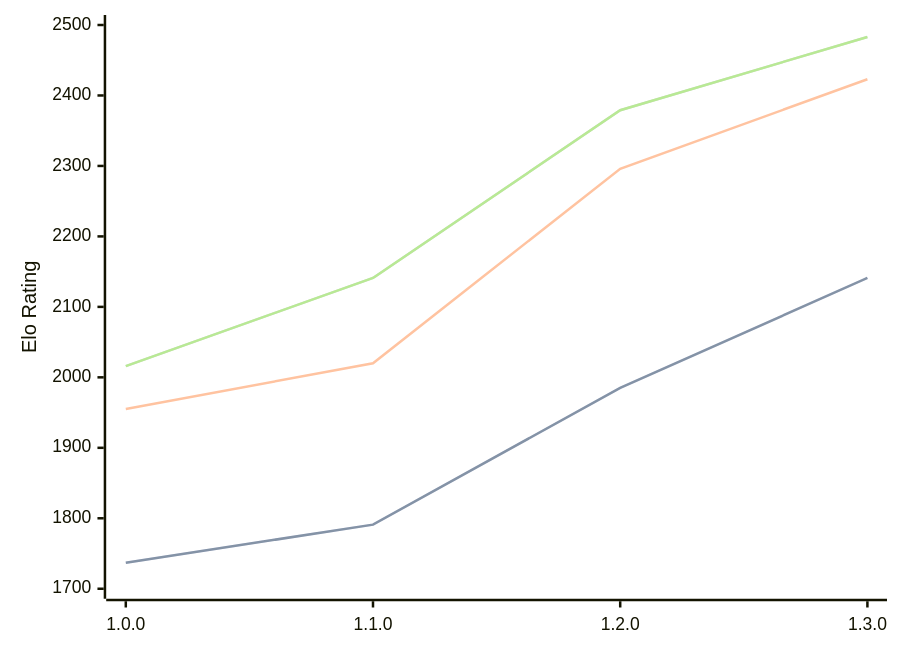
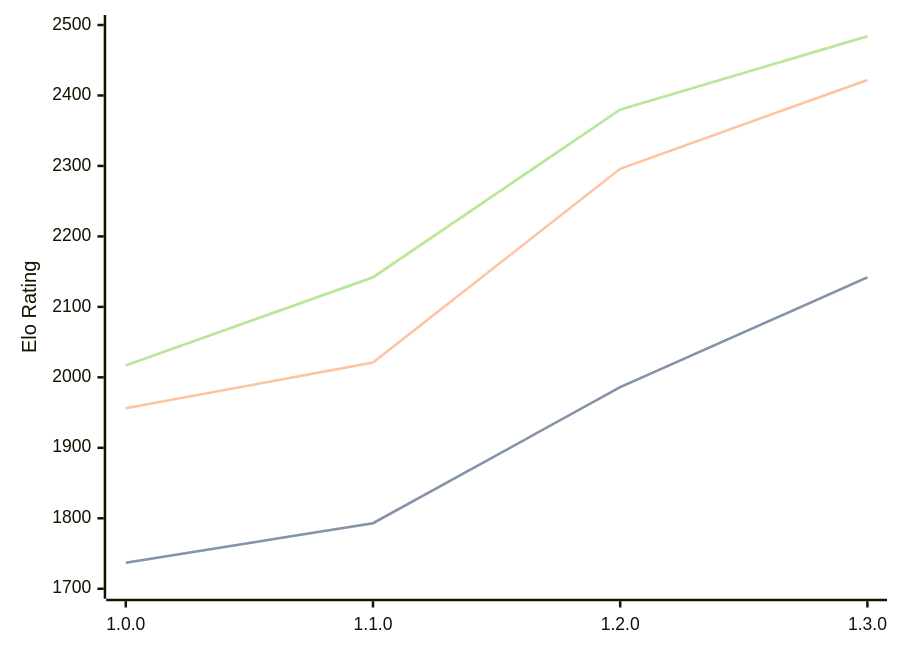
The diagram in engines/Anodos.md (computer-chess-index/cci), drawn with Mermaid before and after one commit. The commit also changed other lines of this file, not shown here.

Commit message:
Update CCI Ratings (ELO VLTC) - 2026-07-25

````diff
--- a/engines/Anodos.md
+++ b/engines/Anodos.md
@@ -45,11 +45,11 @@
 ```mermaid
 %%{init: {"theme":"base","themeVariables":{"seriesColors:['#a3a3a3','#222221','#faa371']}}}%%
 xychart-beta
   x-axis ["1.0.0", "1.1.0", "1.2.0", "1.3.0"]
   y-axis "Elo Rating" 1700 --> 2500
-  line "STC (8.0+0.08s)" [1737, 1791, 1985, 2141]
-  line "STC (8.0+0.08s)" [1737, 1791, 1985, 2141]
-  line "LTC (60.0+0.60s)" [1955, 2020, 2296, 2423]
-  line "VLTC (2m24s+1.12s)" [2016, 2141, 2379, 2483]
-  line "VLTC (2m24s+1.12s)" [2016, 2141, 2379, 2483]
+  line "STC (8.0+0.08s)" [1737, 1793, 1986, 2142]
+  line "STC (8.0+0.08s)" [1737, 1793, 1986, 2142]
+  line "LTC (60.0+0.60s)" [1956, 2021, 2296, 2422]
+  line "VLTC (2m24s+1.12s)" [2017, 2142, 2380, 2484]
+  line "VLTC (2m24s+1.12s)" [2017, 2142, 2380, 2484]
 ```
````
